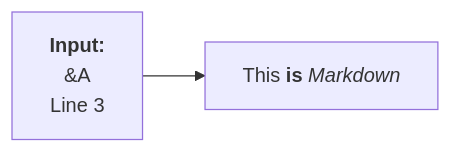
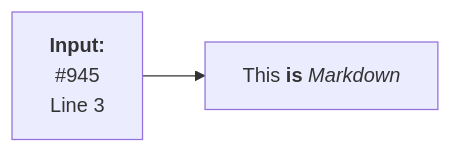
Before and after one commit to bmw-ece-ntust/wilfrid-prach-attack-analysis: the third of 3 diagrams in docs/20250307 Thesis (PRACH Attack Problem Definition).md, drawn with Mermaid.

Commit message:
Update 20250307 Thesis (PRACH Attack Problem Definition).md

````diff
--- a/docs/20250307 Thesis (PRACH Attack Problem Definition).md
+++ b/docs/20250307 Thesis (PRACH Attack Problem Definition).md
@@ -185,8 +185,8 @@
 ```mermaid
 flowchart LR
     markdown["`This **is** _Markdown_`"]
     input["`**Input:**
-    &#913;
+    #945
     Line 3`"]
     input --> markdown
 ```
````
